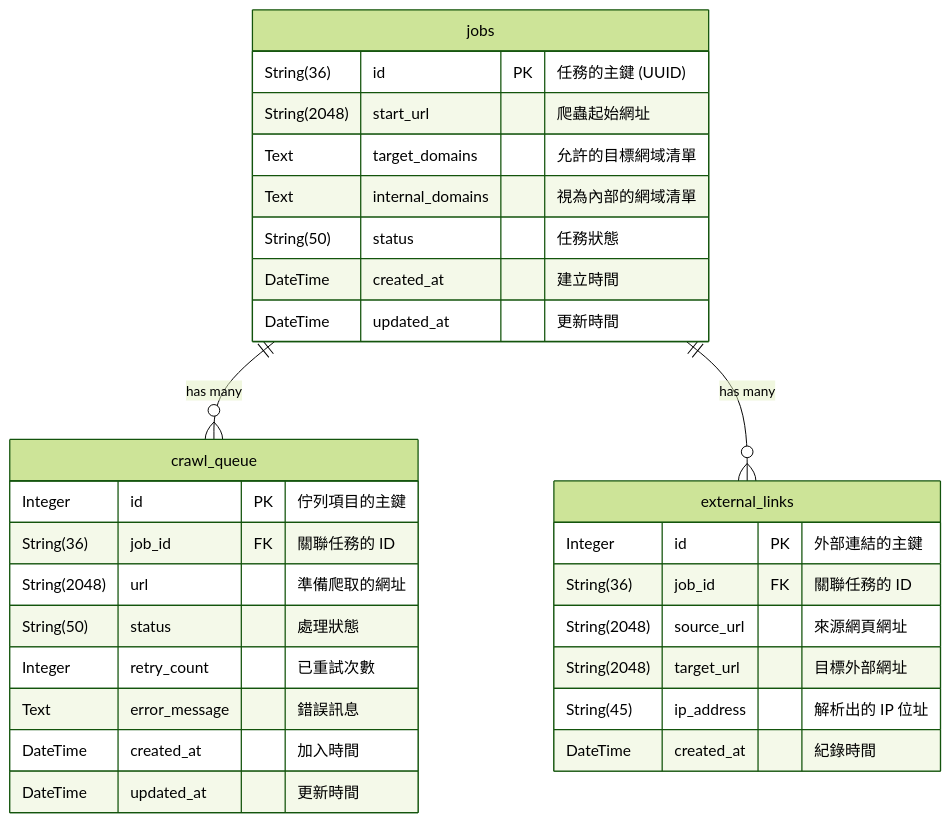
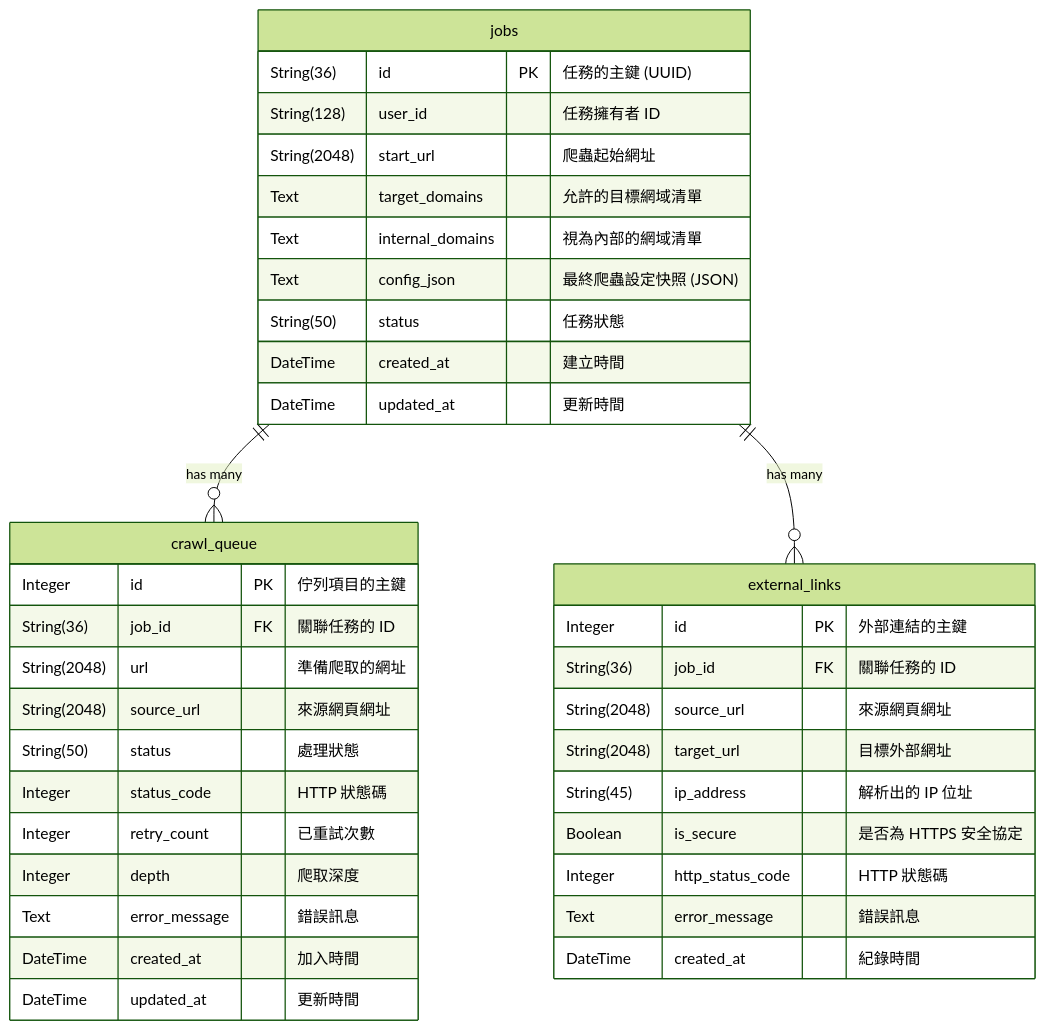
The diagram in doc/database_schema.md (mfhsieh/link-checker), drawn with Mermaid (forest theme) before and after one commit. The commit also changed other lines of this file and 22 other files, not shown here.

````diff
--- a/doc/database_schema.md
+++ b/doc/database_schema.md
@@ -11,35 +17,43 @@
 ```mermaid
 erDiagram
     jobs ||--o{ crawl_queue : "has many"
     jobs ||--o{ external_links : "has many"
 
     jobs {
         String(36) id PK "任務的主鍵 (UUID)"
+        String(128) user_id "任務擁有者 ID"
         String(2048) start_url "爬蟲起始網址"
         Text target_domains "允許的目標網域清單"
         Text internal_domains "視為內部的網域清單"
+        Text config_json "最終爬蟲設定快照 (JSON)"
         String(50) status "任務狀態"
         DateTime created_at "建立時間"
         DateTime updated_at "更新時間"
     }
 
     crawl_queue {
         Integer id PK "佇列項目的主鍵"
         String(36) job_id FK "關聯任務的 ID"
         String(2048) url "準備爬取的網址"
+        String(2048) source_url "來源網頁網址"
         String(50) status "處理狀態"
+        Integer status_code "HTTP 狀態碼"
         Integer retry_count "已重試次數"
+        Integer depth "爬取深度"
         Text error_message "錯誤訊息"
         DateTime created_at "加入時間"
         DateTime updated_at "更新時間"
     }
 
     external_links {
         Integer id PK "外部連結的主鍵"
         String(36) job_id FK "關聯任務的 ID"
         String(2048) source_url "來源網頁網址"
         String(2048) target_url "目標外部網址"
         String(45) ip_address "解析出的 IP 位址"
+        Boolean is_secure "是否為 HTTPS 安全協定"
+        Integer http_status_code "HTTP 狀態碼"
+        Text error_message "錯誤訊息"
         DateTime created_at "紀錄時間"
     }
 ```
````
